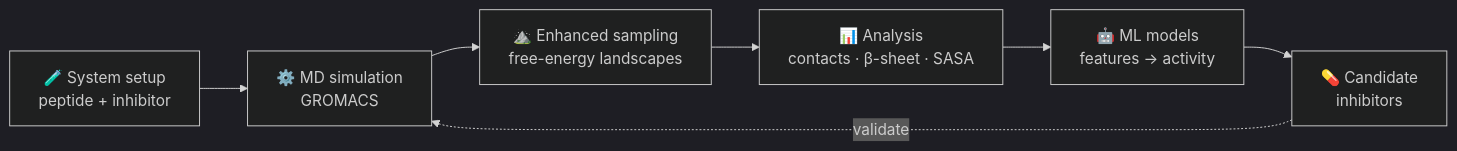
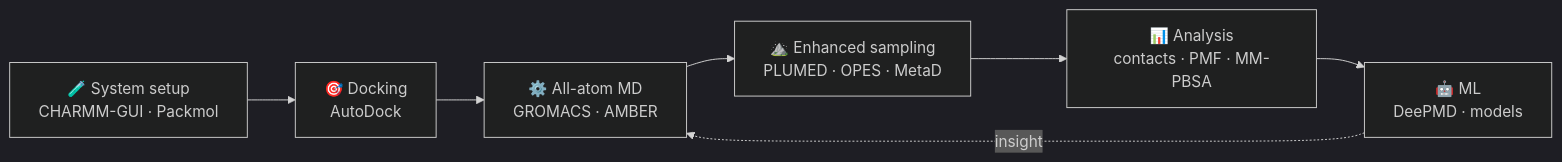
One commit to azizsimx/azizsimx changed the diagram in README.md. Above: the diagram before and after it, drawn with Mermaid (dark theme). The commit also changed other lines of this file, not shown here.

````diff
--- a/README.md
+++ b/README.md
@@ -75,9 +96,9 @@
 ```mermaid
 flowchart LR
-    A["🧪 System setup<br/>peptide + inhibitor"] --> B["⚙️ MD simulation<br/>GROMACS"]
-    B --> C["⛰️ Enhanced sampling<br/>free-energy landscapes"]
-    C --> D["📊 Analysis<br/>contacts · β-sheet · SASA"]
-    D --> E["🤖 ML models<br/>features → activity"]
-    E --> F["💊 Candidate<br/>inhibitors"]
-    F -. validate .-> B
+    A["🧪 System setup<br/>CHARMM-GUI · Packmol"] --> B["🎯 Docking<br/>AutoDock"]
+    B --> C["⚙️ All-atom MD<br/>GROMACS · AMBER"]
+    C --> D["⛰️ Enhanced sampling<br/>PLUMED · OPES · MetaD"]
+    D --> E["📊 Analysis<br/>contacts · PMF · MM-PBSA"]
+    E --> F["🤖 ML<br/>DeePMD · models"]
+    F -. insight .-> C
 ```
````
